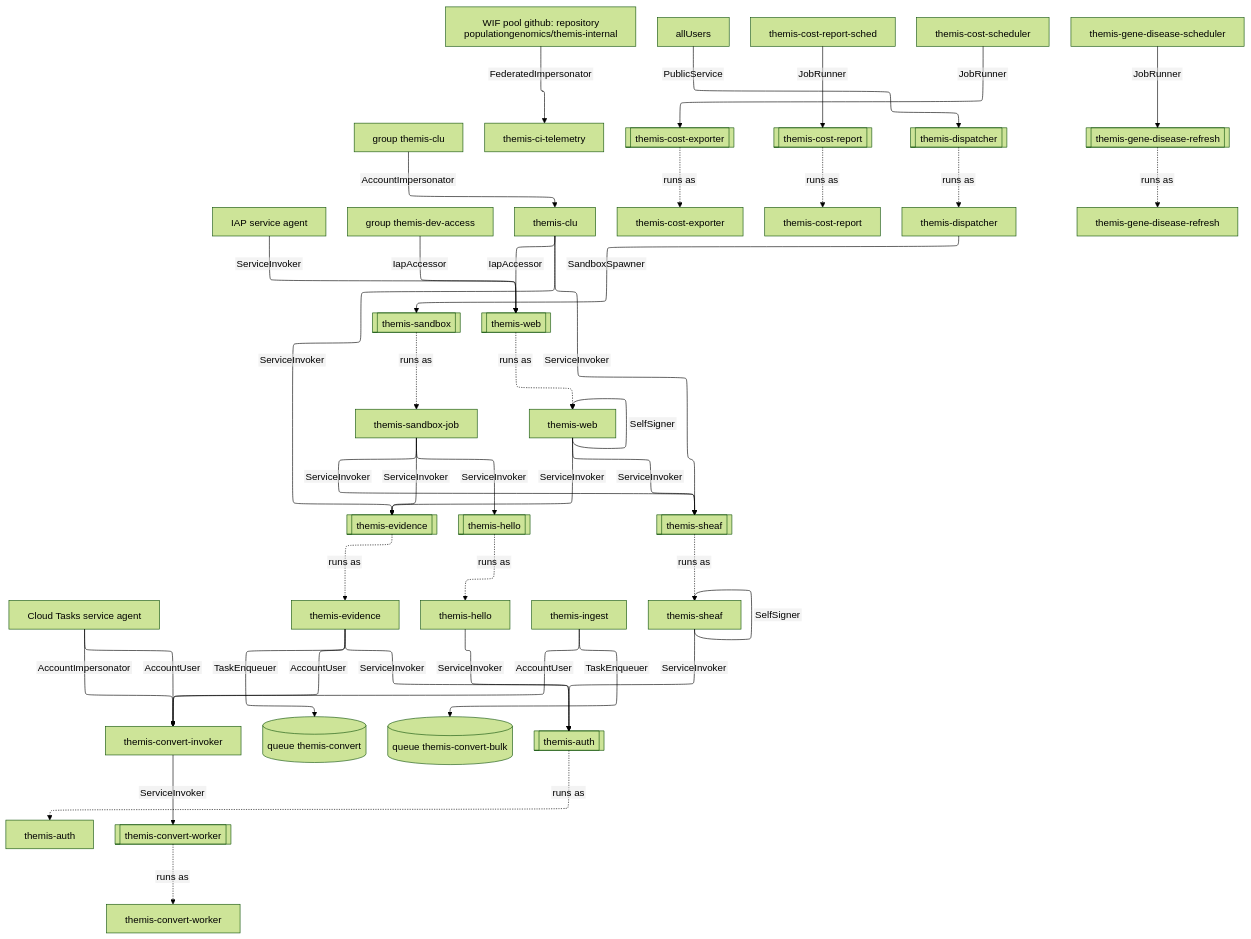
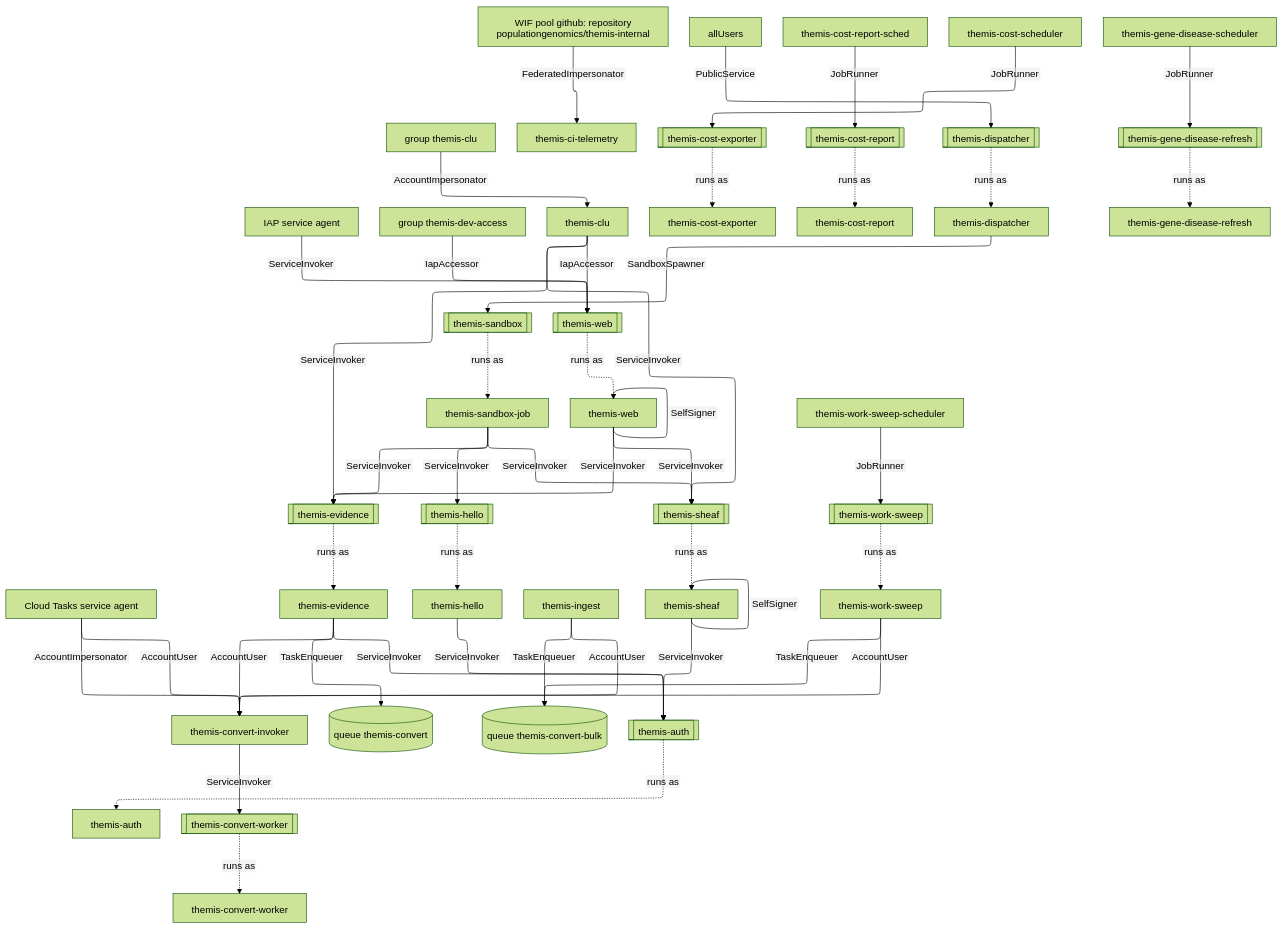
One commit to populationgenomics/themis changed the diagram in docs/design/grants/calls.mmd. Above: the diagram before and after it, drawn with Mermaid (forest theme). The commit also changed 11 other files, not shown here.

First line of the commit message:
litcache: an hourly sweep asks for every paper on which a step has work (#835)

```diff
--- a/docs/design/grants/calls.mmd
+++ b/docs/design/grants/calls.mmd
@@ -1,79 +1,86 @@
 %%{init: {"layout": "elk", "elk": {"mergeEdges": true, "nodePlacementStrategy": "NETWORK_SIMPLEX"}, "htmlLabels": false, "flowchart": {"htmlLabels": false, "wrappingWidth": 320}}}%%
 flowchart TB
     n0["Cloud Tasks service agent"]
     n1["IAP service agent"]
     n2["WIF pool github: repository populationgenomics/themis-internal"]
     n3["allUsers"]
     n4["group themis-clu"]
     n5["group themis-dev-access"]
     n6["themis-auth"]
     n7["themis-ci-telemetry"]
     n8["themis-clu"]
     n9["themis-convert-invoker"]
     n10["themis-convert-worker"]
     n11["themis-cost-exporter"]
     n12["themis-cost-report"]
     n13["themis-cost-report-sched"]
     n14["themis-cost-scheduler"]
     n15["themis-dispatcher"]
     n16["themis-evidence"]
     n17["themis-gene-disease-refresh"]
     n18["themis-gene-disease-scheduler"]
     n19["themis-hello"]
     n20["themis-ingest"]
     n21["themis-sandbox-job"]
     n22["themis-sheaf"]
     n23["themis-web"]
-    n24[("queue themis-convert")]
-    n25[("queue themis-convert-bulk")]
-    n26[["themis-auth"]]
-    n27[["themis-convert-worker"]]
-    n28[["themis-cost-exporter"]]
-    n29[["themis-cost-report"]]
-    n30[["themis-dispatcher"]]
-    n31[["themis-evidence"]]
-    n32[["themis-gene-disease-refresh"]]
-    n33[["themis-hello"]]
-    n34[["themis-sandbox"]]
-    n35[["themis-sheaf"]]
-    n36[["themis-web"]]
+    n24["themis-work-sweep"]
+    n25["themis-work-sweep-scheduler"]
+    n26[("queue themis-convert")]
+    n27[("queue themis-convert-bulk")]
+    n28[["themis-auth"]]
+    n29[["themis-convert-worker"]]
+    n30[["themis-cost-exporter"]]
+    n31[["themis-cost-report"]]
+    n32[["themis-dispatcher"]]
+    n33[["themis-evidence"]]
+    n34[["themis-gene-disease-refresh"]]
+    n35[["themis-hello"]]
+    n36[["themis-sandbox"]]
+    n37[["themis-sheaf"]]
+    n38[["themis-web"]]
+    n39[["themis-work-sweep"]]
     n0 -->|AccountImpersonator| n9
     n0 -->|AccountUser| n9
-    n1 -->|ServiceInvoker| n36
+    n1 -->|ServiceInvoker| n38
     n2 -->|FederatedImpersonator| n7
-    n3 -->|PublicService| n30
+    n3 -->|PublicService| n32
     n4 -->|AccountImpersonator| n8
-    n5 -->|IapAccessor| n36
-    n8 -->|IapAccessor| n36
-    n8 -->|ServiceInvoker| n31
-    n8 -->|ServiceInvoker| n35
-    n9 -->|ServiceInvoker| n27
-    n13 -->|JobRunner| n29
-    n14 -->|JobRunner| n28
-    n15 -->|SandboxSpawner| n34
+    n5 -->|IapAccessor| n38
+    n8 -->|IapAccessor| n38
+    n8 -->|ServiceInvoker| n33
+    n8 -->|ServiceInvoker| n37
+    n9 -->|ServiceInvoker| n29
+    n13 -->|JobRunner| n31
+    n14 -->|JobRunner| n30
+    n15 -->|SandboxSpawner| n36
     n16 -->|AccountUser| n9
-    n16 -->|ServiceInvoker| n26
-    n16 -->|TaskEnqueuer| n24
-    n18 -->|JobRunner| n32
-    n19 -->|ServiceInvoker| n26
+    n16 -->|ServiceInvoker| n28
+    n16 -->|TaskEnqueuer| n26
+    n18 -->|JobRunner| n34
+    n19 -->|ServiceInvoker| n28
     n20 -->|AccountUser| n9
-    n20 -->|TaskEnqueuer| n25
-    n21 -->|ServiceInvoker| n31
+    n20 -->|TaskEnqueuer| n27
     n21 -->|ServiceInvoker| n33
     n21 -->|ServiceInvoker| n35
+    n21 -->|ServiceInvoker| n37
     n22 -->|SelfSigner| n22
-    n22 -->|ServiceInvoker| n26
+    n22 -->|ServiceInvoker| n28
     n23 -->|SelfSigner| n23
-    n23 -->|ServiceInvoker| n31
-    n23 -->|ServiceInvoker| n35
-    n26 -. runs as .-> n6
-    n27 -. runs as .-> n10
-    n28 -. runs as .-> n11
-    n29 -. runs as .-> n12
-    n30 -. runs as .-> n15
-    n31 -. runs as .-> n16
-    n32 -. runs as .-> n17
-    n33 -. runs as .-> n19
-    n34 -. runs as .-> n21
-    n35 -. runs as .-> n22
-    n36 -. runs as .-> n23
+    n23 -->|ServiceInvoker| n33
+    n23 -->|ServiceInvoker| n37
+    n24 -->|AccountUser| n9
+    n24 -->|TaskEnqueuer| n27
+    n25 -->|JobRunner| n39
+    n28 -. runs as .-> n6
+    n29 -. runs as .-> n10
+    n30 -. runs as .-> n11
+    n31 -. runs as .-> n12
+    n32 -. runs as .-> n15
+    n33 -. runs as .-> n16
+    n34 -. runs as .-> n17
+    n35 -. runs as .-> n19
+    n36 -. runs as .-> n21
+    n37 -. runs as .-> n22
+    n38 -. runs as .-> n23
+    n39 -. runs as .-> n24
```
